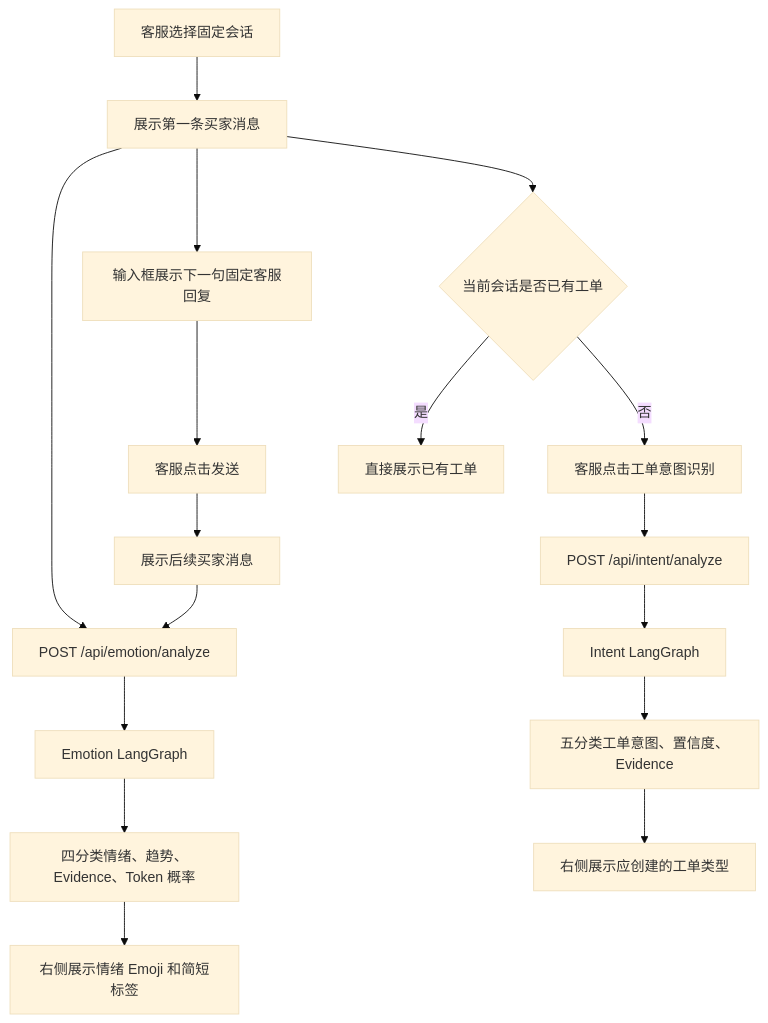
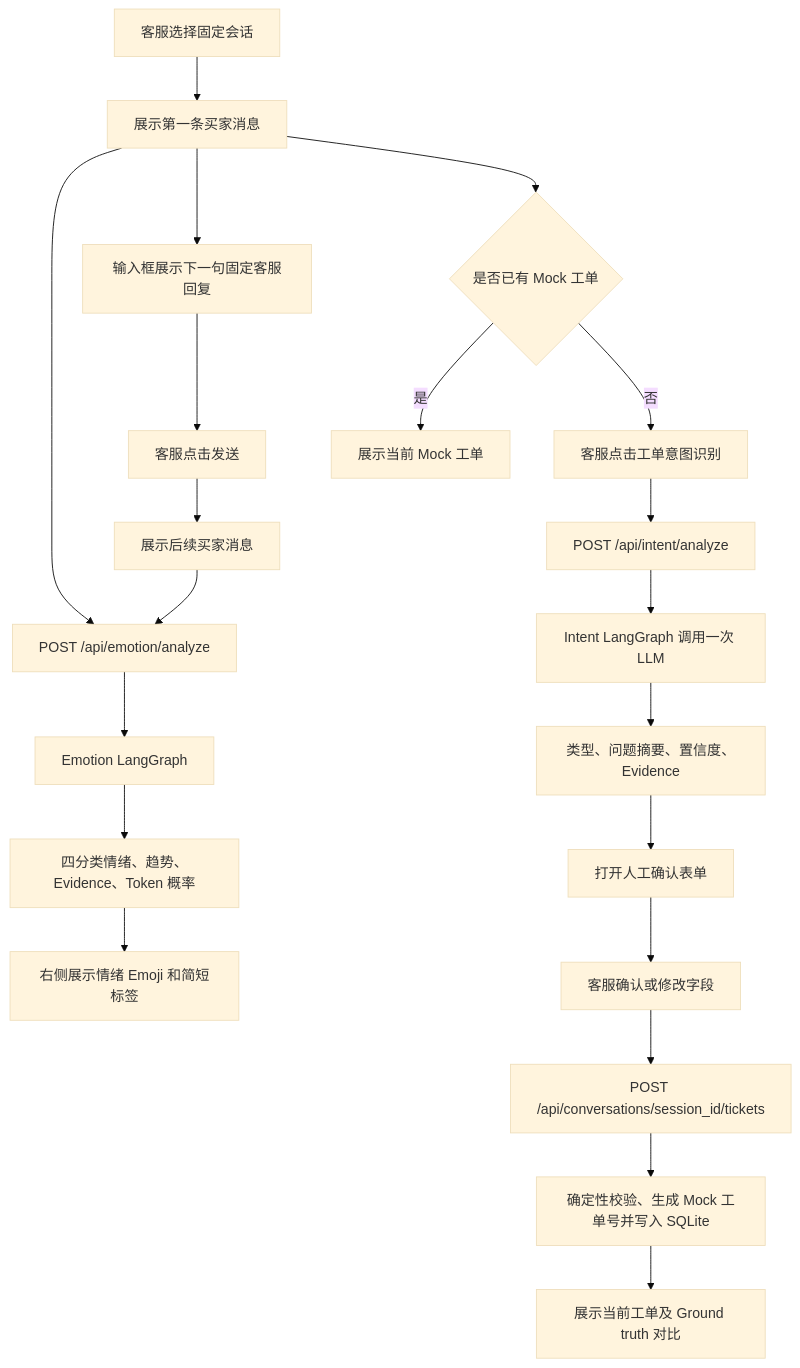
The first of 3 diagrams in README.md (Yc0917/loreal-beauty-techathon), drawn with Mermaid (base theme) before and after one commit. The commit also changed other lines of this file and 7 other files, not shown here.

````diff
--- a/README.md
+++ b/README.md
@@ -81,22 +103,26 @@
 ```mermaid
 flowchart TD
     A[客服选择固定会话] --> B[展示第一条买家消息]
 
     B --> C[POST /api/emotion/analyze]
     C --> D[Emotion LangGraph]
     D --> E[四分类情绪、趋势、Evidence、Token 概率]
     E --> F[右侧展示情绪 Emoji 和简短标签]
 
     B --> G[输入框展示下一句固定客服回复]
     G --> H[客服点击发送]
     H --> I[展示后续买家消息]
     I --> C
 
-    B --> J{当前会话是否已有工单}
-    J -- 是 --> K[直接展示已有工单]
+    B --> J{是否已有 Mock 工单}
+    J -- 是 --> K[展示当前 Mock 工单]
     J -- 否 --> L[客服点击工单意图识别]
     L --> M[POST /api/intent/analyze]
-    M --> N[Intent LangGraph]
-    N --> O[五分类工单意图、置信度、Evidence]
-    O --> P[右侧展示应创建的工单类型]
+    M --> N[Intent LangGraph 调用一次 LLM]
+    N --> O[类型、问题摘要、置信度、Evidence]
+    O --> P[打开人工确认表单]
+    P --> Q[客服确认或修改字段]
+    Q --> R[POST /api/conversations/session_id/tickets]
+    R --> S[确定性校验、生成 Mock 工单号并写入 SQLite]
+    S --> T[展示当前工单及 Ground truth 对比]
 ```
````
